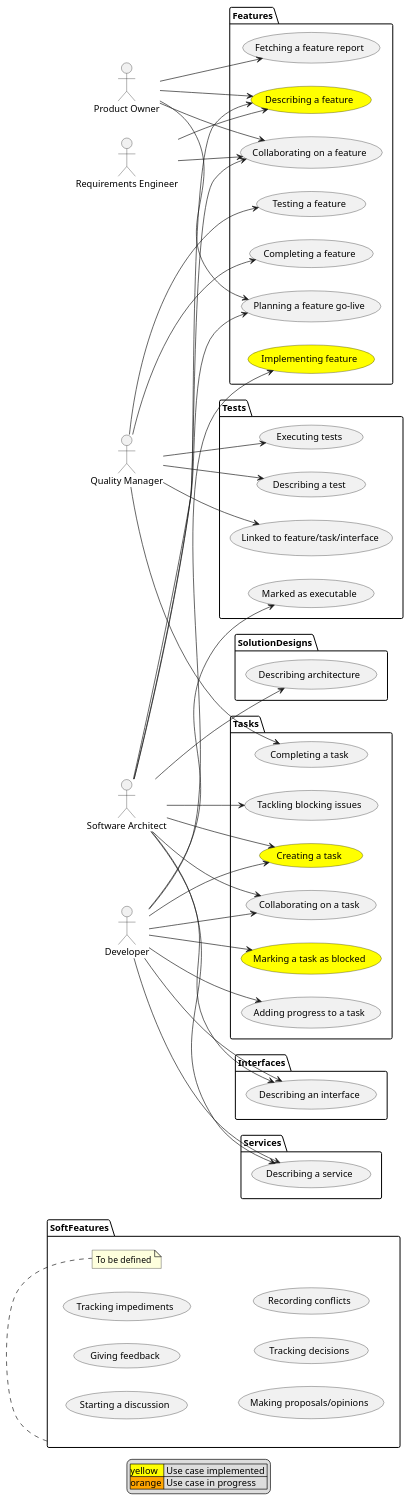
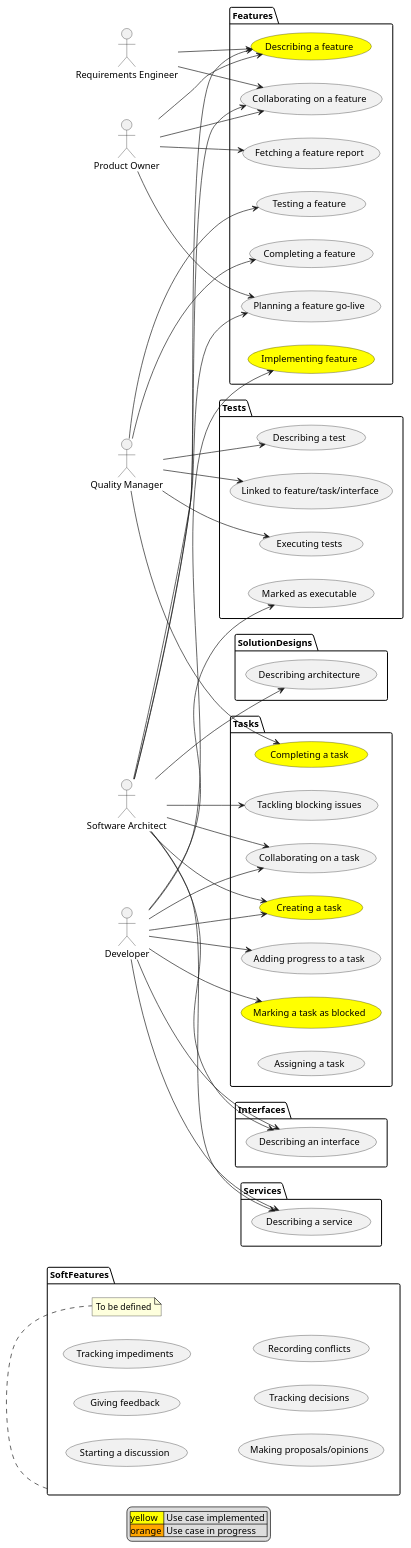
Before and after one commit to huberchrigu/give-me-features: the diagram in docs/use-cases.plantuml, drawn with PlantUML. The commit also changed 16 other files, not shown here.

```diff
--- a/docs/use-cases.plantuml
+++ b/docs/use-cases.plantuml
@@ -1,107 +1,108 @@
 @startuml
 left to right direction
 
 :Developer:
 :Product Owner: as PO
 :Requirements Engineer: as RE
 :Software Architect: as Architect
 :Quality Manager: as QM
 
 package Features {
 (Describing a feature) as NewFeature #yellow
 (Implementing feature) as FeatureImplementation #yellow
 (Fetching a feature report) as Report
 (Planning a feature go-live) as GoLive
 (Collaborating on a feature) as CollabFeature
 (Testing a feature) as Testing
 (Completing a feature) as CompleteFeature
 }
 
 package Tasks {
 (Creating a task) as NewTask #yellow
 (Adding progress to a task) as Progress
 (Marking a task as blocked) as Blocked #yellow
 (Tackling blocking issues) as Tackling
 (Collaborating on a task) as CollabTask
-(Completing a task) as CompleteTask
+(Completing a task) as CompleteTask #yellow
+(Assigning a task) as AssignTask
 }
 
 package Interfaces {
 (Describing an interface) as NewInterface
 }
 
 package Services {
 (Describing a service) as NewService
 }
 
 package SolutionDesigns {
 (Describing architecture) as NewSolutionDesign
 }
 
 package Tests {
 (Describing a test) as NewTest
 (Linked to feature/task/interface) as LinkTest
 (Marked as executable) as ExecutableTest
 (Executing tests) as TestExecuted
 }
 
 package SoftFeatures {
 (Starting a discussion) as Discussion
 (Giving feedback) as Feedback
 (Tracking impediments) as Impediment
 (Making proposals/opinions) as Opinion
 (Tracking decisions) as Decision
 (Recording conflicts) as Conflict
 note bottom of SoftFeatures : To be defined
 }
 
 RE --> NewFeature
 Architect --> NewFeature
 PO --> NewFeature
 
 Developer --> FeatureImplementation
 Developer --> NewTask
 Architect --> NewTask
 
 Developer --> Progress
 
 Developer --> Blocked
 
 PO --> Report
 
 Architect --> Tackling
 
 Architect --> GoLive
 PO --> GoLive
 
 Architect --> NewInterface
 Developer --> NewInterface
 
 Architect --> NewService
 Developer --> NewService
 
 Architect --> NewSolutionDesign
 
 RE --> CollabFeature
 Architect --> CollabFeature
 PO --> CollabFeature
 
 Architect --> CollabTask
 Developer --> CollabTask
 
 QM --> Testing
 
 QM --> NewTest
 QM --> LinkTest
 Developer --> ExecutableTest
 QM --> TestExecuted
 
 QM --> CompleteTask
 QM --> CompleteFeature
 
 legend
   | <#yellow>yellow  | Use case implemented |
   | <#orange>orange | Use case in progress |
 end legend
 
 @enduml
```
